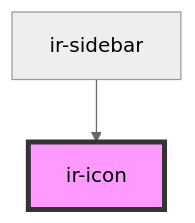
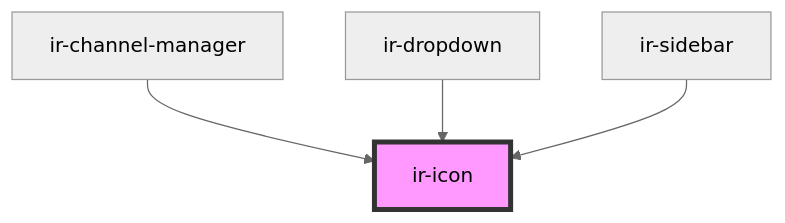
Before and after one commit to freddynasr/ir-webcmp: the diagram in src/components/ir-icon/readme.md, drawn with Mermaid (neutral theme). The commit also changed other lines of this file and 17 other files, not shown here.

````diff
--- a/src/components/ir-icon/readme.md
+++ b/src/components/ir-icon/readme.md
@@ -22,5 +24,7 @@
 ```mermaid
 graph TD;
+  ir-channel-manager --> ir-icon
+  ir-dropdown --> ir-icon
   ir-sidebar --> ir-icon
   style ir-icon fill:#f9f,stroke:#333,stroke-width:4px
 ```
````
